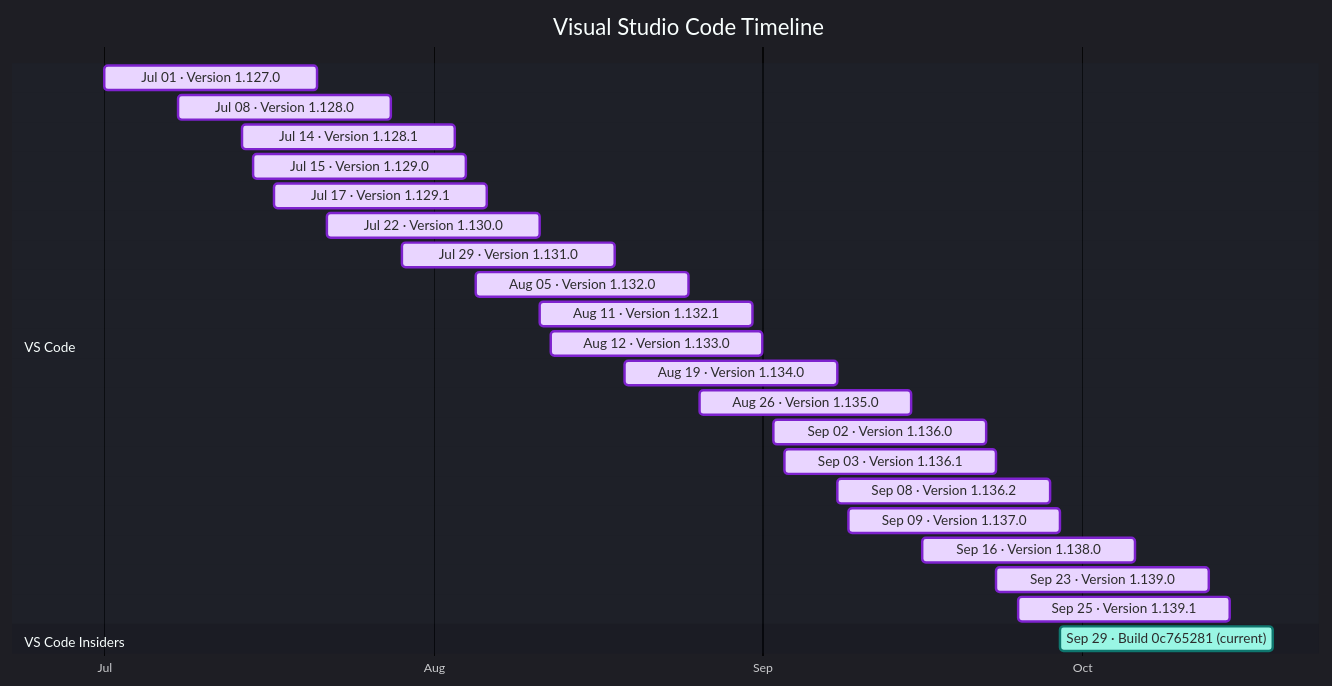
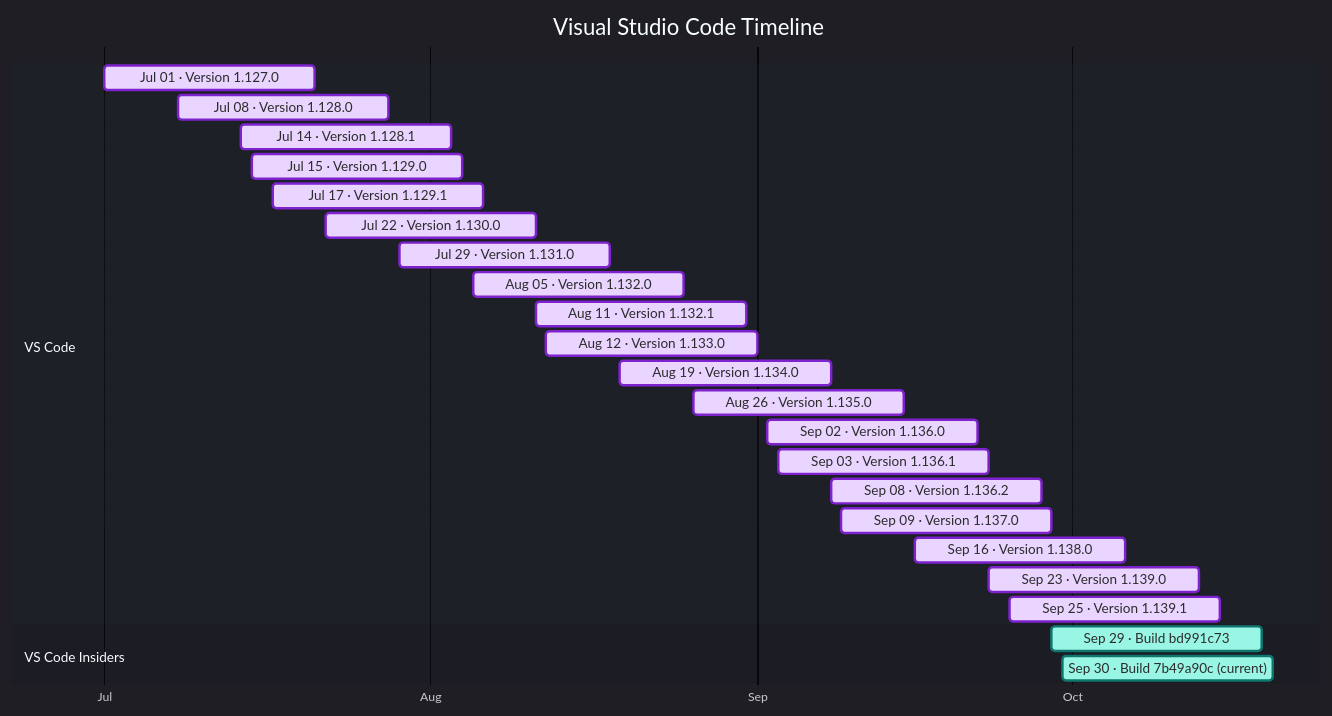
Before and after one commit to Oxelya-DevTools/VisualStudioUpdate: the diagram in docs/vscode.md, drawn with Mermaid. The commit also changed other lines of this file and 3 other files, not shown here.

````diff
--- a/docs/vscode.md
+++ b/docs/vscode.md
@@ -9,30 +9,31 @@
 ```mermaid
 %%{init: {'theme':'dark','themeVariables': { 'fontFamily': 'Segoe UI', 'fontSize': '24px', 'textColor': '#F3F4F6', 'titleTextColor': '#FFFFFF', 'taskTextColor': '#111827', 'taskTextLightColor': '#111827', 'taskTextOutsideColor': '#F3F4F6', 'taskBkgColor': '#BAE6FD', 'taskBorderColor': '#0369A1', 'doneTaskBkgColor': '#E9D5FF', 'doneTaskBorderColor': '#7E22CE', 'activeTaskBkgColor': '#99F6E4', 'activeTaskBorderColor': '#0F766E', 'critTaskBkgColor': '#FED7AA', 'critTaskBorderColor': '#C2410C', 'sectionBkgColor': '#1F2937', 'altSectionBkgColor': '#111827', 'gridColor': '#4B5563', 'todayLineColor': '#F87171' }}}%%
 gantt
     title Visual Studio Code Timeline
     dateFormat  YYYY-MM-DD
     axisFormat  %b
     tickInterval 1month
     section VS Code
     Jul 01 · Version 1.127.0 : done, vscode202607010, 2026-07-01, 20d
     Jul 08 · Version 1.128.0 : done, vscode202607081, 2026-07-08, 20d
     Jul 14 · Version 1.128.1 : done, vscode202607142, 2026-07-14, 20d
     Jul 15 · Version 1.129.0 : done, vscode202607153, 2026-07-15, 20d
     Jul 17 · Version 1.129.1 : done, vscode202607174, 2026-07-17, 20d
     Jul 22 · Version 1.130.0 : done, vscode202607225, 2026-07-22, 20d
     Jul 29 · Version 1.131.0 : done, vscode202607296, 2026-07-29, 20d
     Aug 05 · Version 1.132.0 : done, vscode202608057, 2026-08-05, 20d
     Aug 11 · Version 1.132.1 : done, vscode202608118, 2026-08-11, 20d
     Aug 12 · Version 1.133.0 : done, vscode202608129, 2026-08-12, 20d
     Aug 19 · Version 1.134.0 : done, vscode2026081910, 2026-08-19, 20d
     Aug 26 · Version 1.135.0 : done, vscode2026082611, 2026-08-26, 20d
     Sep 02 · Version 1.136.0 : done, vscode2026090212, 2026-09-02, 20d
     Sep 03 · Version 1.136.1 : done, vscode2026090313, 2026-09-03, 20d
     Sep 08 · Version 1.136.2 : done, vscode2026090814, 2026-09-08, 20d
     Sep 09 · Version 1.137.0 : done, vscode2026090915, 2026-09-09, 20d
     Sep 16 · Version 1.138.0 : done, vscode2026091616, 2026-09-16, 20d
     Sep 23 · Version 1.139.0 : done, vscode2026092317, 2026-09-23, 20d
     Sep 25 · Version 1.139.1 : done, vscode2026092518, 2026-09-25, 20d
     section VS Code Insiders
-    Sep 29 · Build 0c765281 (current) : active, vscodeinsiders202609290, 2026-09-29, 20d
+    Sep 29 · Build bd991c73 : active, vscodeinsiders202609290, 2026-09-29, 20d
+    Sep 30 · Build 7b49a90c (current) : active, vscodeinsiders202609301, 2026-09-30, 20d
 ```
````
